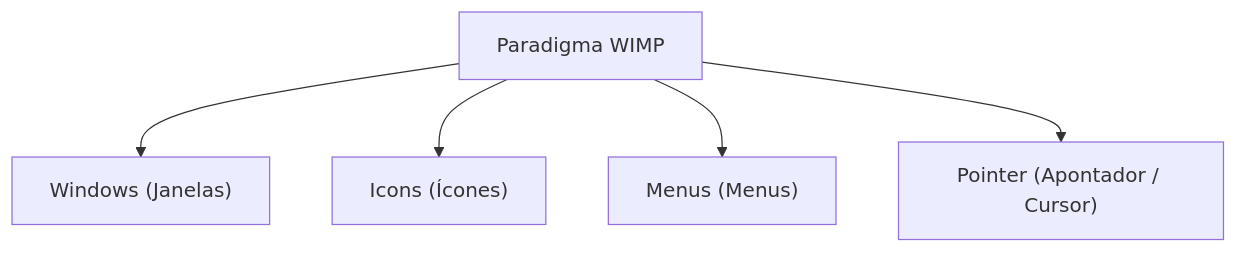
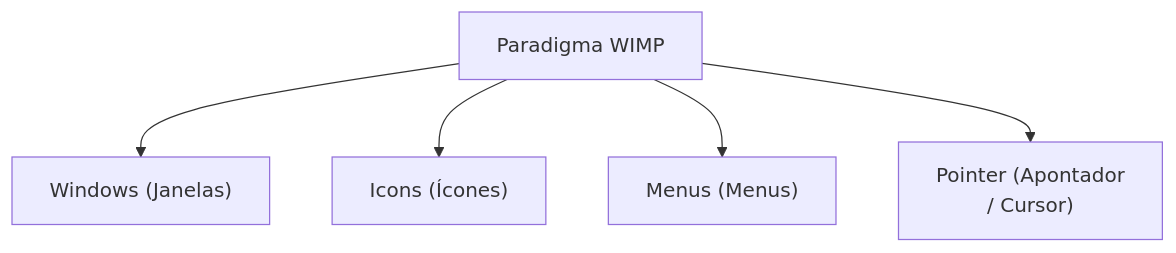
The first of 3 diagrams in 08. Design de Interacao/16. Interfaces gráficas - paradigma wimp, manipulação direta e reconhecer em vez de recordar.md (leorruas/puc), drawn with Mermaid before and after one commit. The commit also changed other lines of this file and 16 other files, not shown here.

Commit message:
style(mermaid): comprehensive audit and optimization of 45 Mermaid blocks across all 22 topic notes

````diff
--- a/08. Design de Interacao/16. Interfaces gráficas - paradigma wimp, manipulação direta e reconhecer em vez de recordar.md
+++ b/08. Design de Interacao/16. Interfaces gráficas - paradigma wimp, manipulação direta e reconhecer em vez de recordar.md
@@ -40,7 +40,7 @@
 ```mermaid
 graph TD
     WIMP["Paradigma WIMP"] --> W["Windows (Janelas)"]
     WIMP --> I["Icons (Ícones)"]
     WIMP --> M["Menus (Menus)"]
-    WIMP --> P["Pointer (Apontador / Cursor)"]
+    WIMP --> P["Pointer (Apontador<br>/ Cursor)"]
 ```
````
